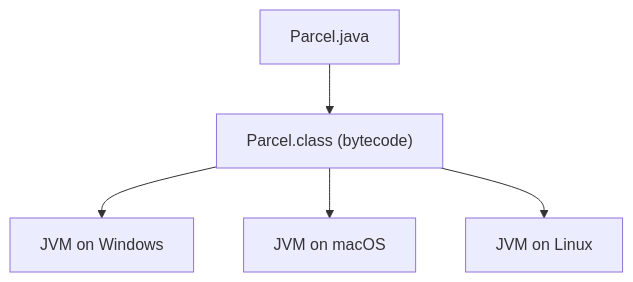
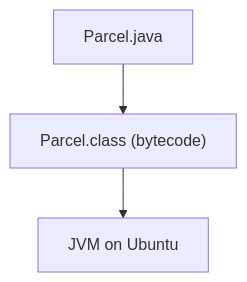
The second of 3 diagrams in spring-boot-system-design/topics/01-java-basics/how-java-works.md (kevin-voss/learning-project), drawn with Mermaid before and after one commit. The commit also changed other lines of this file and 10 other files, not shown here.

````diff
--- a/spring-boot-system-design/topics/01-java-basics/how-java-works.md
+++ b/spring-boot-system-design/topics/01-java-basics/how-java-works.md
@@ -40,7 +40,5 @@
 ```mermaid
 flowchart TB
   S["Parcel.java"] --> BC["Parcel.class (bytecode)"]
-  BC --> W["JVM on Windows"]
-  BC --> M["JVM on macOS"]
-  BC --> L["JVM on Linux"]
+  BC --> L["JVM on Ubuntu"]
 ```
````
